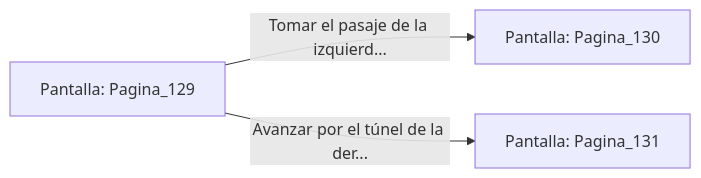
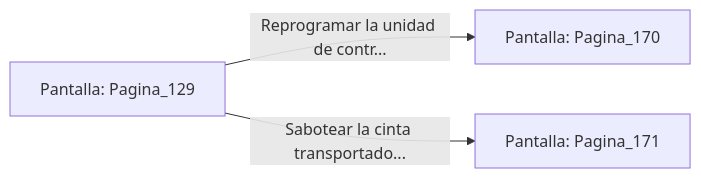
One commit to metsuke/mpl changed the diagram in sample/eligejuego-vault/Pantalla_Pagina_129.md. Above: the diagram before and after it, drawn with Mermaid. The commit also changed other lines of this file and 635 other files, not shown here.

First line of the commit message:
fix: añadir Pagina_1 como pantalla inicial en capitulo_01.mpl

````diff
--- a/sample/eligejuego-vault/Pantalla_Pagina_129.md
+++ b/sample/eligejuego-vault/Pantalla_Pagina_129.md
@@ -20,6 +24,6 @@
 ```mermaid
 graph LR
     P_Pagina_129["Pantalla: Pagina_129"]
-    P_Pagina_129 -->|"Tomar el pasaje de la izquierd..."| P_Pagina_130["Pantalla: Pagina_130"]
-    P_Pagina_129 -->|"Avanzar por el túnel de la der..."| P_Pagina_131["Pantalla: Pagina_131"]
+    P_Pagina_129 -->|"Reprogramar la unidad de contr..."| P_Pagina_170["Pantalla: Pagina_170"]
+    P_Pagina_129 -->|"Sabotear la cinta transportado..."| P_Pagina_171["Pantalla: Pagina_171"]
 ```
````
